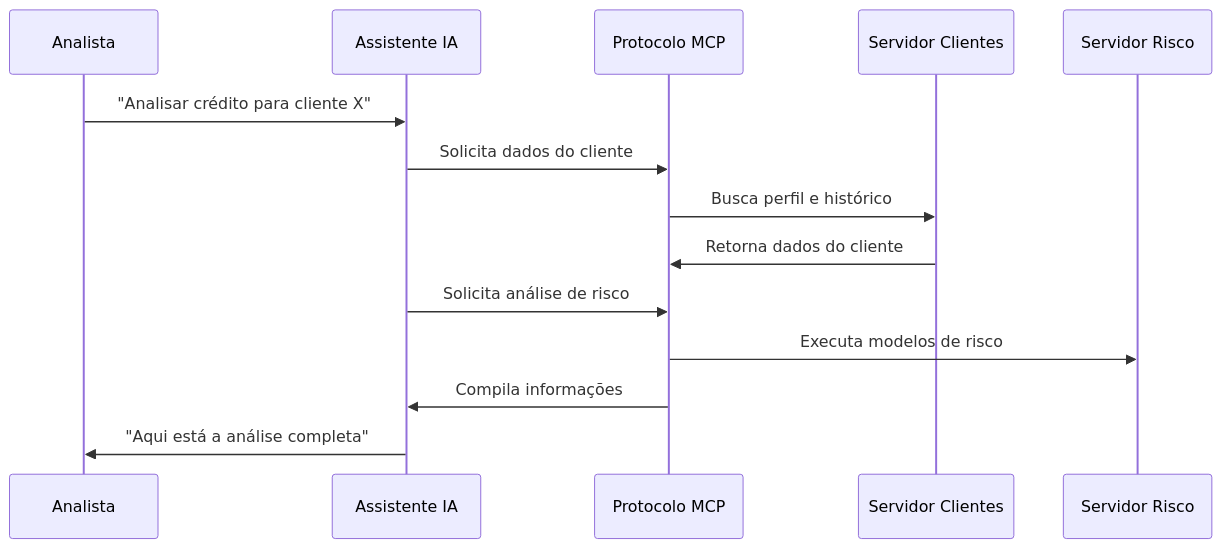
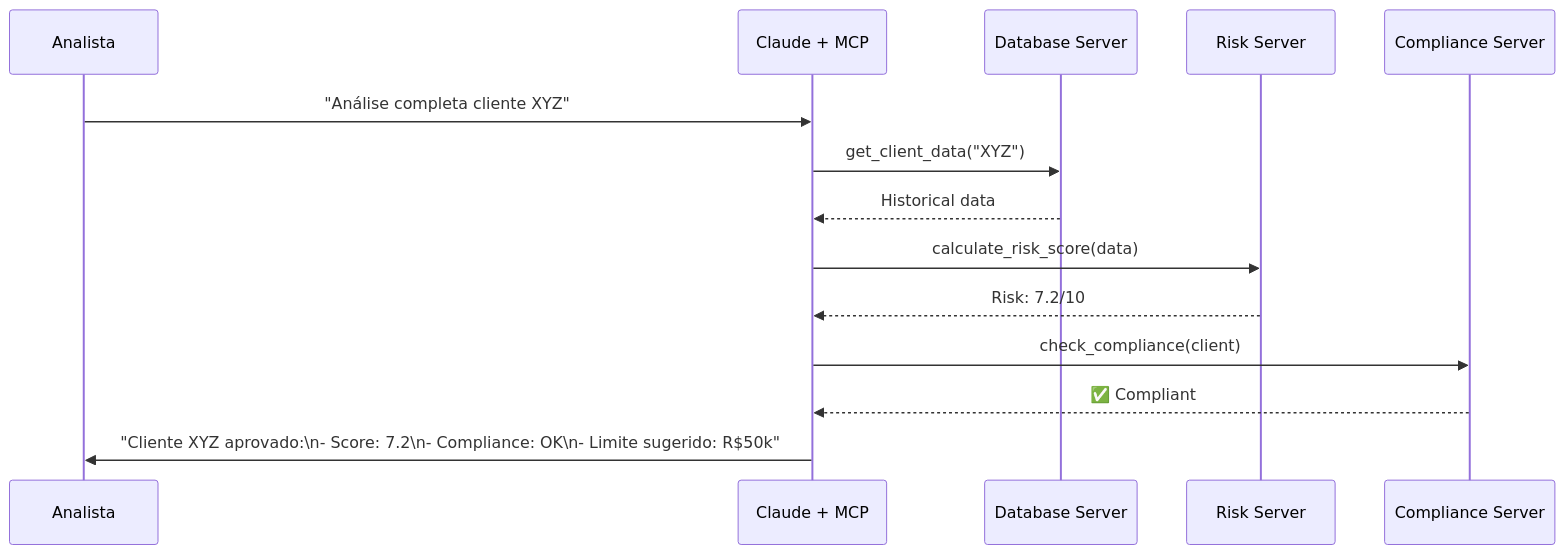
Before and after one commit to felipepimentel/my-public-notes: diagram 19 of 26 in AI/Comunicação/MCP/00-mcp-presentation-zero to hero.md, drawn with Mermaid. The commit also changed other lines of this file, not shown here.

````diff
--- a/AI/Comunicação/MCP/00-mcp-presentation-zero to hero.md
+++ b/AI/Comunicação/MCP/00-mcp-presentation-zero to hero.md
@@ -288,16 +651,21 @@
 ```mermaid
 sequenceDiagram
-    participant G as Analista
-    participant A as Assistente IA
-    participant MCP as Protocolo MCP
-    participant SC as Servidor Clientes
-    participant SR as Servidor Risco
-    G->>A: "Analisar crédito para cliente X"
-    A->>MCP: Solicita dados do cliente
-    MCP->>SC: Busca perfil e histórico
-    SC->>MCP: Retorna dados do cliente
-    A->>MCP: Solicita análise de risco
-    MCP->>SR: Executa modelos de risco
-    MCP->>A: Compila informações
-    A->>G: "Aqui está a análise completa"
+    participant A as Analista
+    participant AI as Claude + MCP
+    participant DB as Database Server
+    participant RISK as Risk Server
+    participant COMP as Compliance Server
+    
+    A->>AI: "Análise completa cliente XYZ"
+    
+    AI->>DB: get_client_data("XYZ")
+    DB-->>AI: Historical data
+    
+    AI->>RISK: calculate_risk_score(data)
+    RISK-->>AI: Risk: 7.2/10
+    
+    AI->>COMP: check_compliance(client)
+    COMP-->>AI: ✅ Compliant
+    
+    AI->>A: "Cliente XYZ aprovado:\n- Score: 7.2\n- Compliance: OK\n- Limite sugerido: R$50k"
 ```
````
